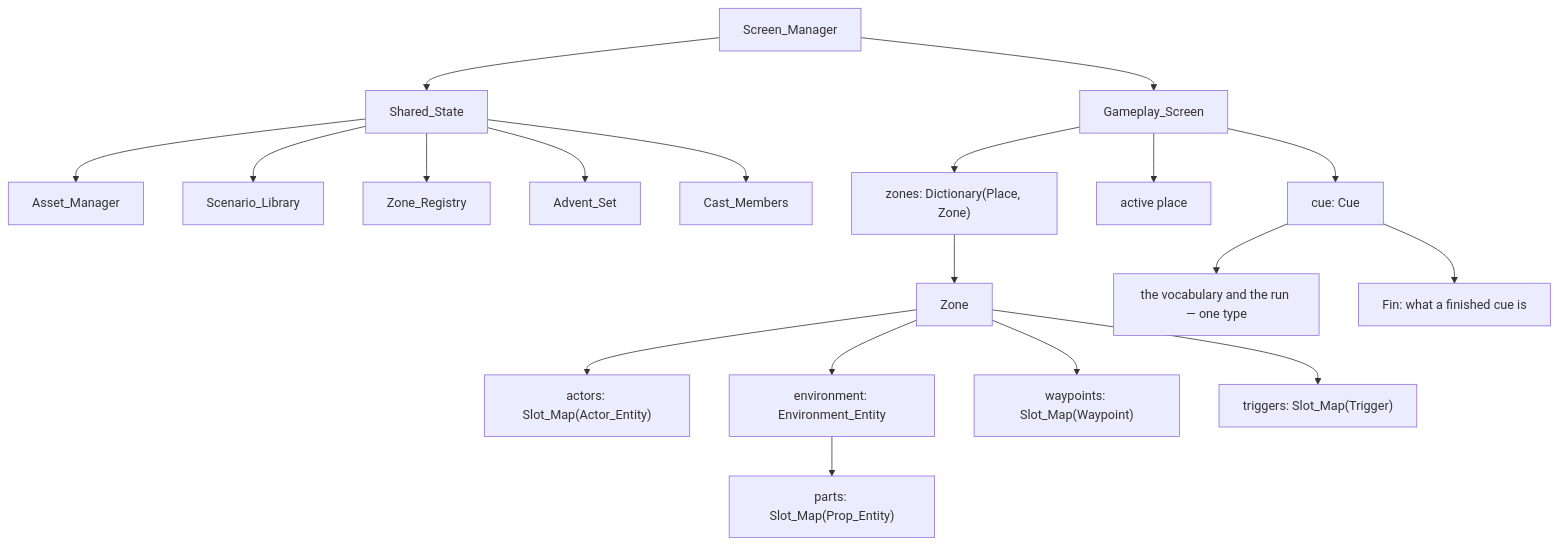
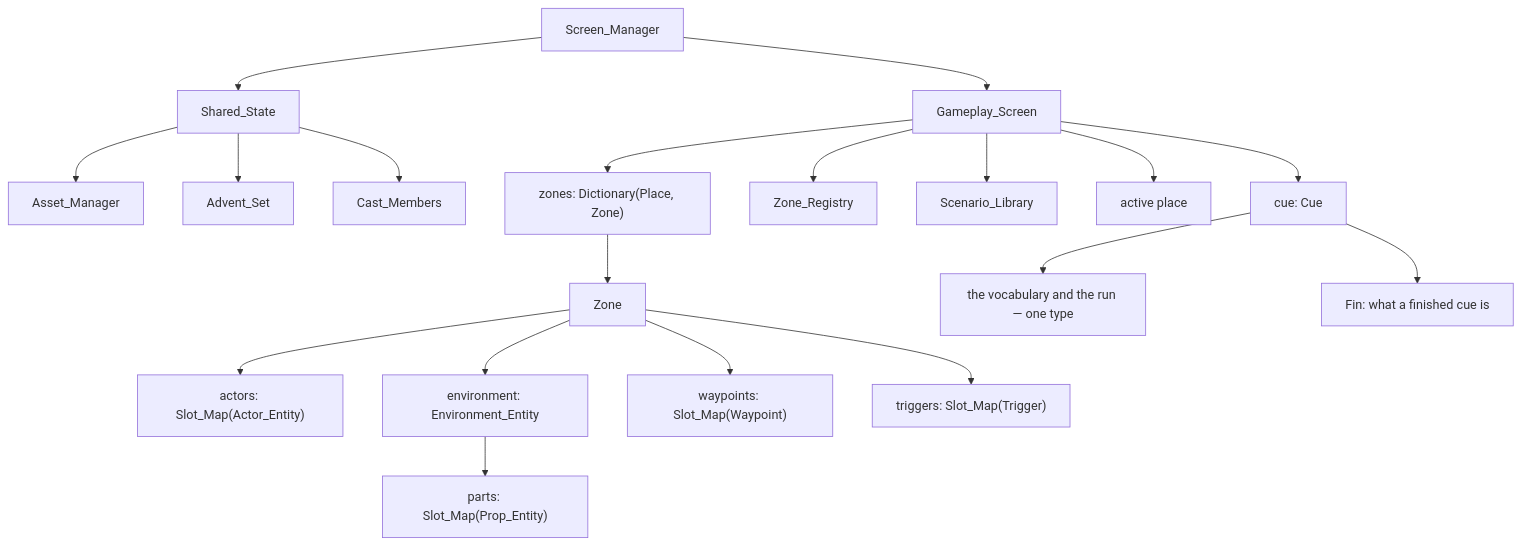
One commit to fswadling/Sugoi changed the diagram in docs/ARCHITECTURE.md. Above: the diagram before and after it, drawn with Mermaid. The commit also changed other lines of this file and 28 other files, not shown here.

Commit message:
Implement 070: scenario library

````diff
--- a/docs/ARCHITECTURE.md
+++ b/docs/ARCHITECTURE.md
@@ -180,25 +188,25 @@
 ```mermaid
 graph TD
     SM[Screen_Manager] --> SS[Shared_State]
     SM --> GS[Gameplay_Screen]
     SS --> AM[Asset_Manager]
-    SS --> SL[Scenario_Library]
-    SS --> ZR[Zone_Registry]
     SS --> ADV[Advent_Set]
     SS --> CAST[Cast_Members]
 
     GS --> ZONES["zones: Dictionary(Place, Zone)"]
+    GS --> ZR[Zone_Registry]
+    GS --> SL[Scenario_Library]
     GS --> ACTIVE["active place"]
     GS --> C["cue: Cue"]
     ZONES --> Z[Zone]
 
     Z --> SA["actors: Slot_Map(Actor_Entity)"]
     Z --> ENV["environment: Environment_Entity"]
     Z --> SW["waypoints: Slot_Map(Waypoint)"]
     Z --> ST["triggers: Slot_Map(Trigger)"]
 
     ENV --> SP["parts: Slot_Map(Prop_Entity)"]
 
     C --> CQ["the vocabulary and the run — one type"]
     C --> CF["Fin: what a finished cue is"]
 ```
````
